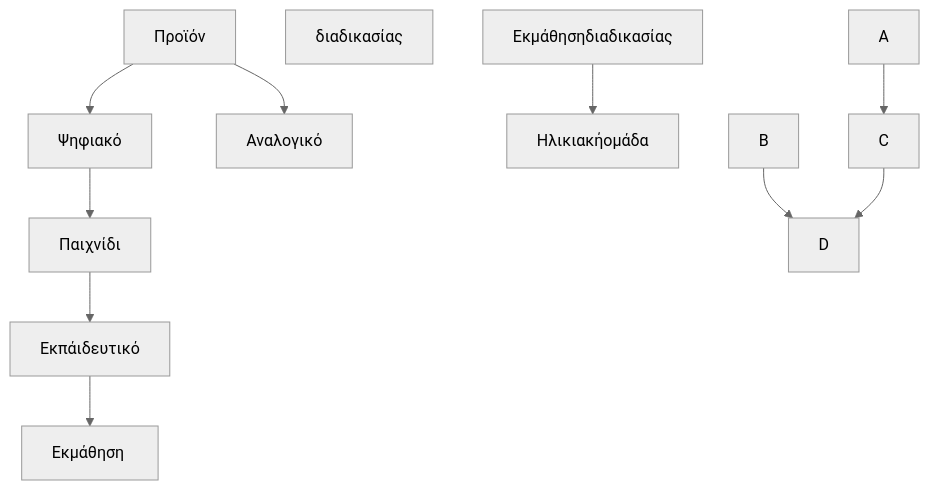
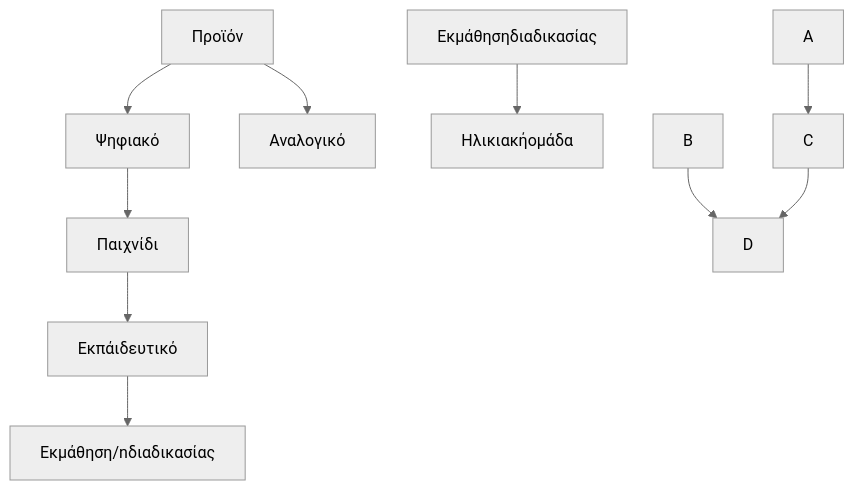
The diagram in our_report/README.md (Ebabouraki/Interaction-Design-Project-Assignment), drawn with Mermaid (neutral theme) before and after one commit.

````diff
--- a/our_report/README.md
+++ b/our_report/README.md
@@ -200,16 +200,16 @@
 ```mermaid
   graph TD;
       Προϊόν --> Ψηφιακό;
       Προϊόν --> Αναλογικό;
       Ψηφιακό --> Παιχνίδι;
       Παιχνίδι --> Εκπάιδευτικό;
-      Εκπάιδευτικό --> Εκμάθηση&nbsp;διαδικασίας;
+      Εκπάιδευτικό --> Εκμάθηση/nδιαδικασίας;
       Εκμάθησηδιαδικασίας --> Ηλικιακήομάδα;
     
     
       
          
       A-->C;
       B-->D;
       C-->D;
 ```
````
